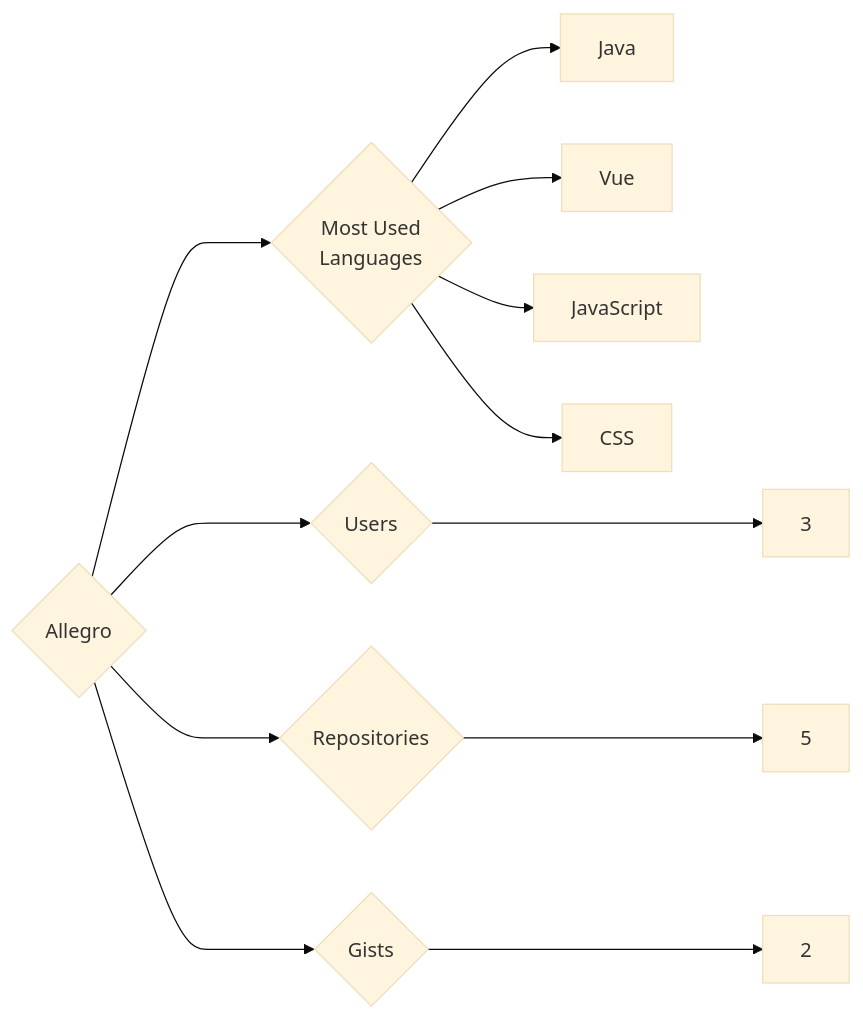
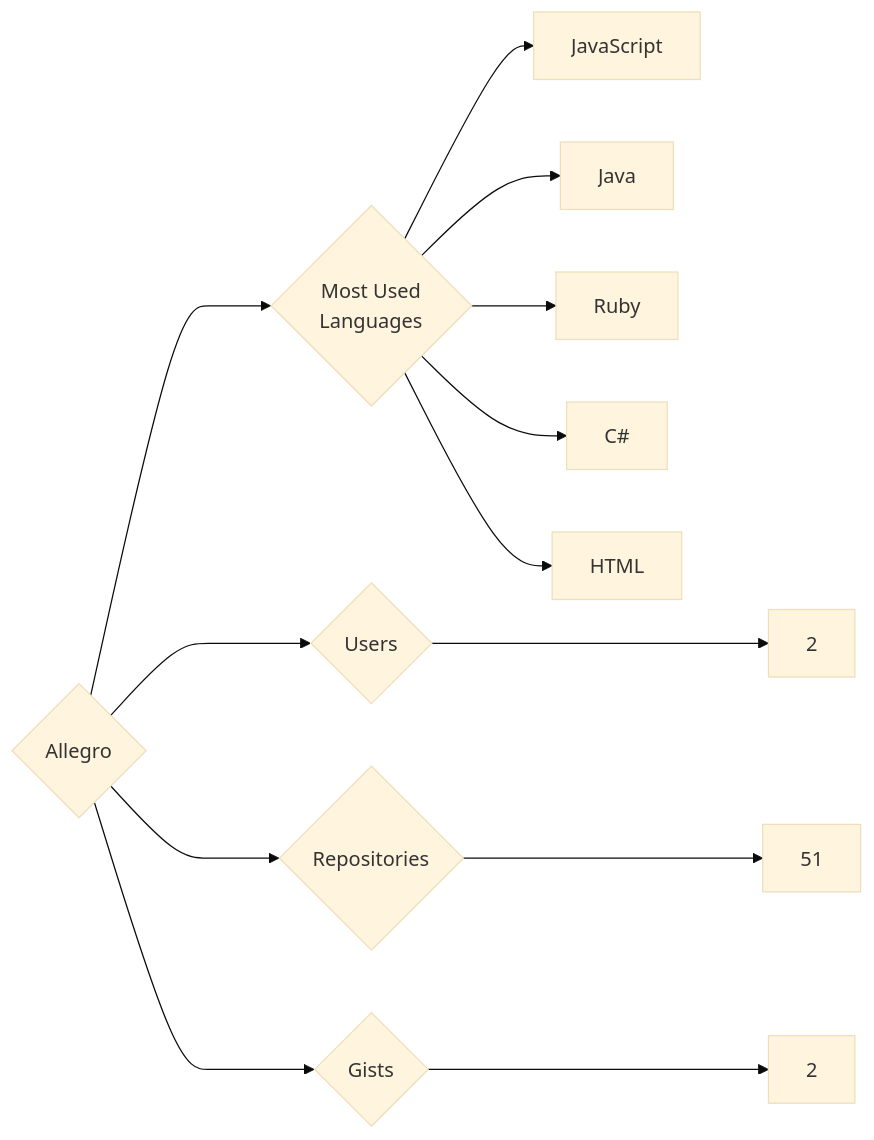
Before and after one commit to trickest/insiders: the diagram in targets/Allegro/README.md, drawn with Mermaid (base theme). The commit also changed 1170 other files, not shown here.

````diff
--- a/targets/Allegro/README.md
+++ b/targets/Allegro/README.md
@@ -3,12 +3,13 @@
 ```mermaid
 graph LR
 COMPANY_NAME{Allegro}
-COMPANY_NAME ---> U{Users} ---> UN[3]
-COMPANY_NAME ---> R{Repositories} ---> RN[5]
+COMPANY_NAME ---> U{Users} ---> UN[2]
+COMPANY_NAME ---> R{Repositories} ---> RN[51]
 COMPANY_NAME ---> G{Gists} ---> GN[2]
 COMPANY_NAME ---> ML{Most Used<br>Languages}
+ML --> JavaScript[JavaScript]
 ML --> Java[Java]
-ML --> Vue[Vue]
-ML --> JavaScript[JavaScript]
-ML --> CSS[CSS]
+ML --> Ruby[Ruby]
+ML --> C#[C#]
+ML --> HTML[HTML]
 ```
````
